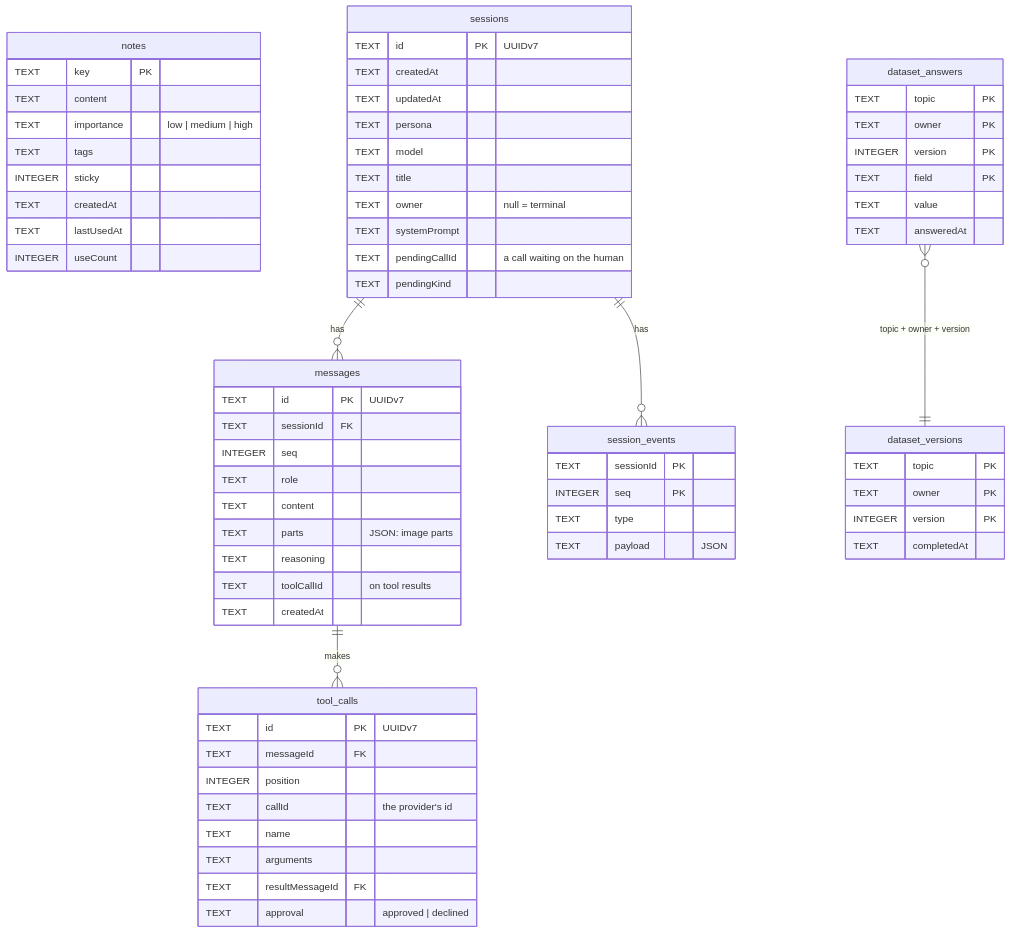
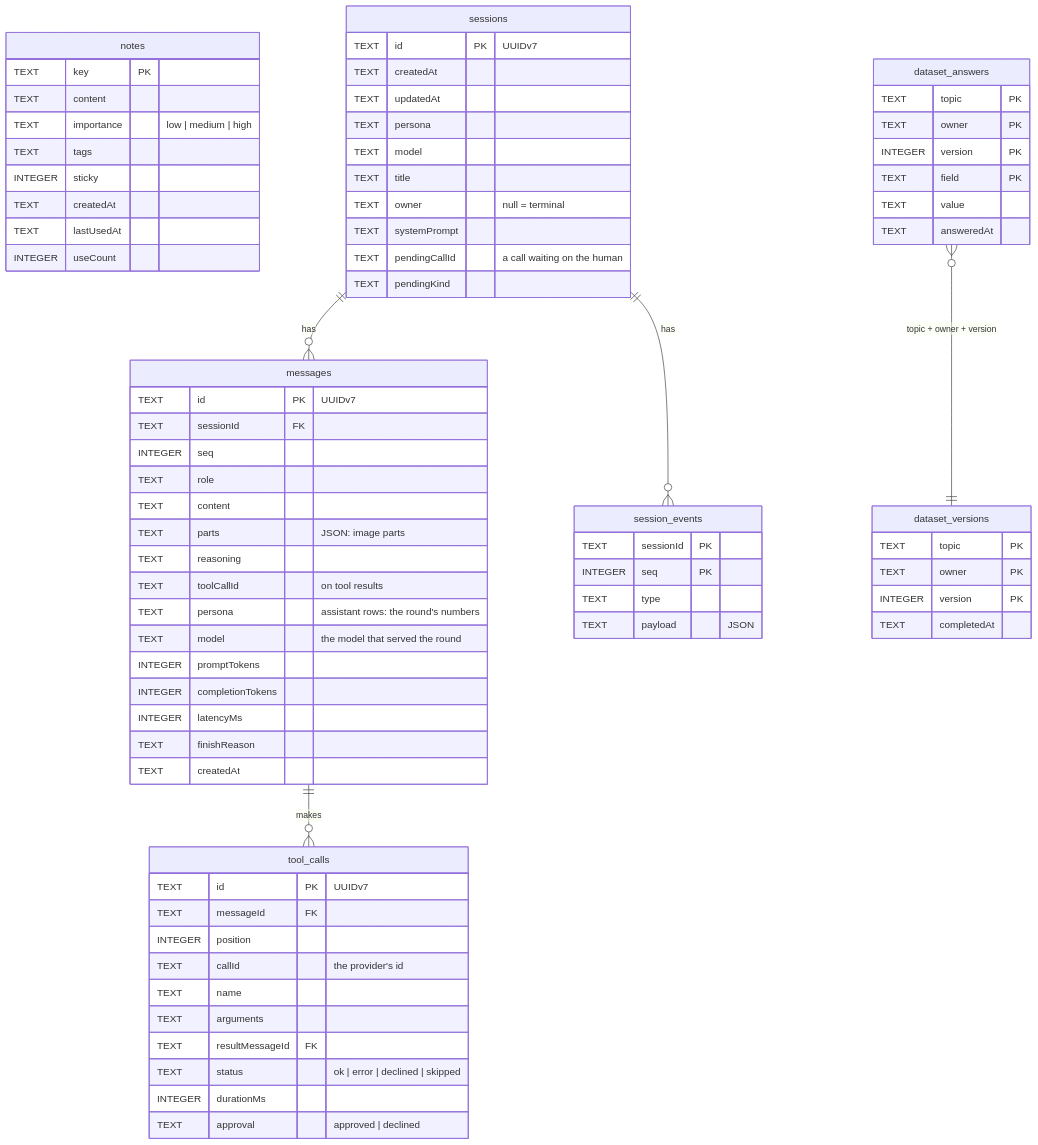
One commit to SubZtep/kaja changed the diagram in docs/tui/sqlite.md. Above: the diagram before and after it, drawn with Mermaid. The commit also changed other lines of this file and 21 other files, not shown here.

```diff
--- a/docs/tui/sqlite.md
+++ b/docs/tui/sqlite.md
@@ -66,6 +66,12 @@
     TEXT parts "JSON: image parts"
     TEXT reasoning
     TEXT toolCallId "on tool results"
+    TEXT persona "assistant rows: the round's numbers"
+    TEXT model "the model that served the round"
+    INTEGER promptTokens
+    INTEGER completionTokens
+    INTEGER latencyMs
+    TEXT finishReason
     TEXT createdAt
   }
 
@@ -77,6 +83,8 @@
     TEXT name
     TEXT arguments
     TEXT resultMessageId FK
+    TEXT status "ok | error | declined | skipped"
+    INTEGER durationMs
     TEXT approval "approved | declined"
   }
 
```
